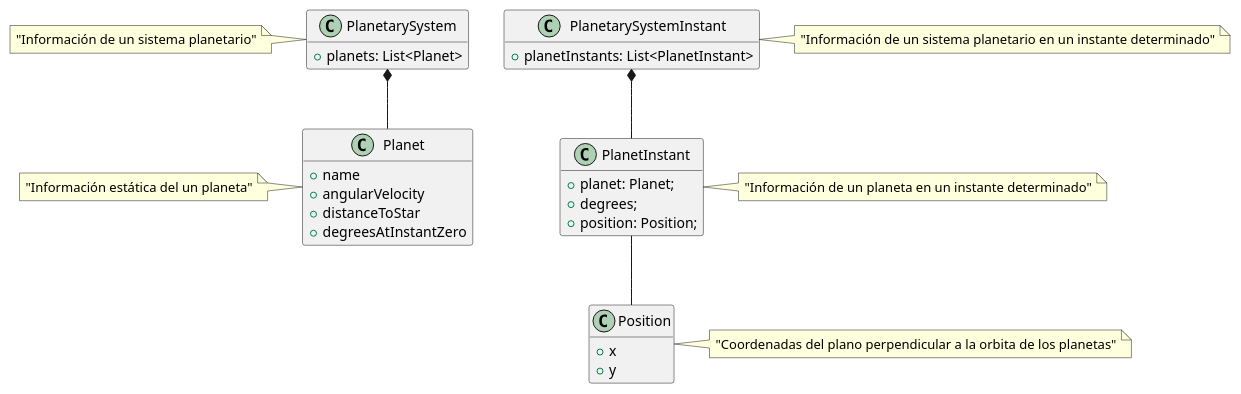
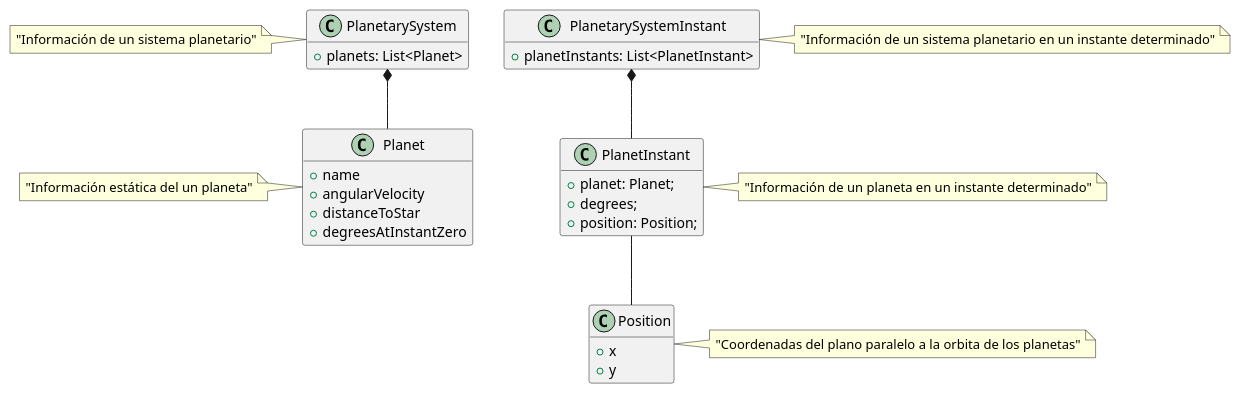
Before and after one commit to alejandrovigano/meli: the diagram in uml/planets.plantuml, drawn with PlantUML. The commit also changed 1 other file, not shown here.

```diff
--- a/uml/planets.plantuml
+++ b/uml/planets.plantuml
@@ -1,44 +1,44 @@
 @startuml
 class Planet {
   + name
   + angularVelocity
   + distanceToStar
   + degreesAtInstantZero
 }
 
 note left of Planet : "Información estática del un planeta"
 
 class PlanetarySystem {
   + planets: List<Planet>
 }
 
 note left of PlanetarySystem : "Información de un sistema planetario"
 
 PlanetarySystem *-- Planet
 
 class PlanetInstant {
   + planet: Planet;
   + degrees;
   + position: Position;
 }
 
 note right of PlanetInstant : "Información de un planeta en un instante determinado"
 
 class PlanetarySystemInstant {
   + planetInstants: List<PlanetInstant>
 }
 
 note right of PlanetarySystemInstant : "Información de un sistema planetario en un instante determinado"
 
 class Position {
   + x
   + y
 }
 
-note right of Position : "Coordenadas del plano perpendicular a la orbita de los planetas"
+note right of Position : "Coordenadas del plano paralelo a la orbita de los planetas"
 
 PlanetarySystemInstant *-- PlanetInstant
 PlanetInstant -- Position
 
 hide methods
 @enduml
```
